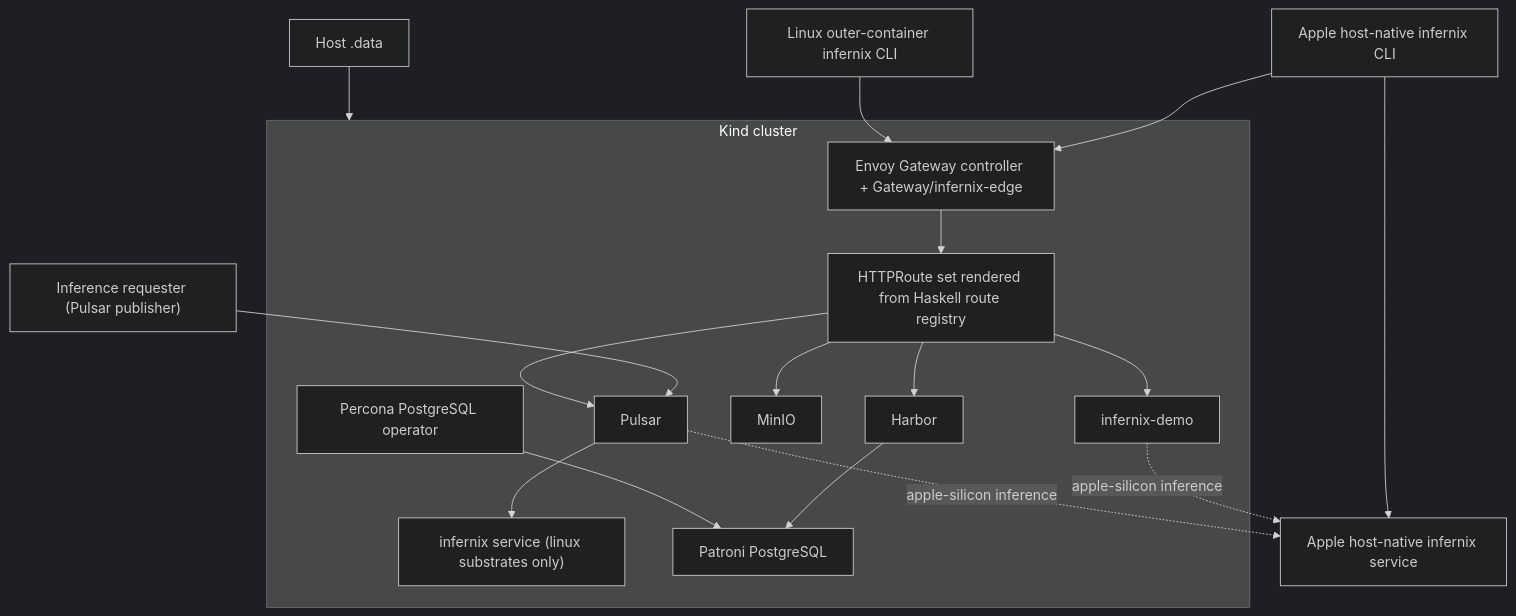
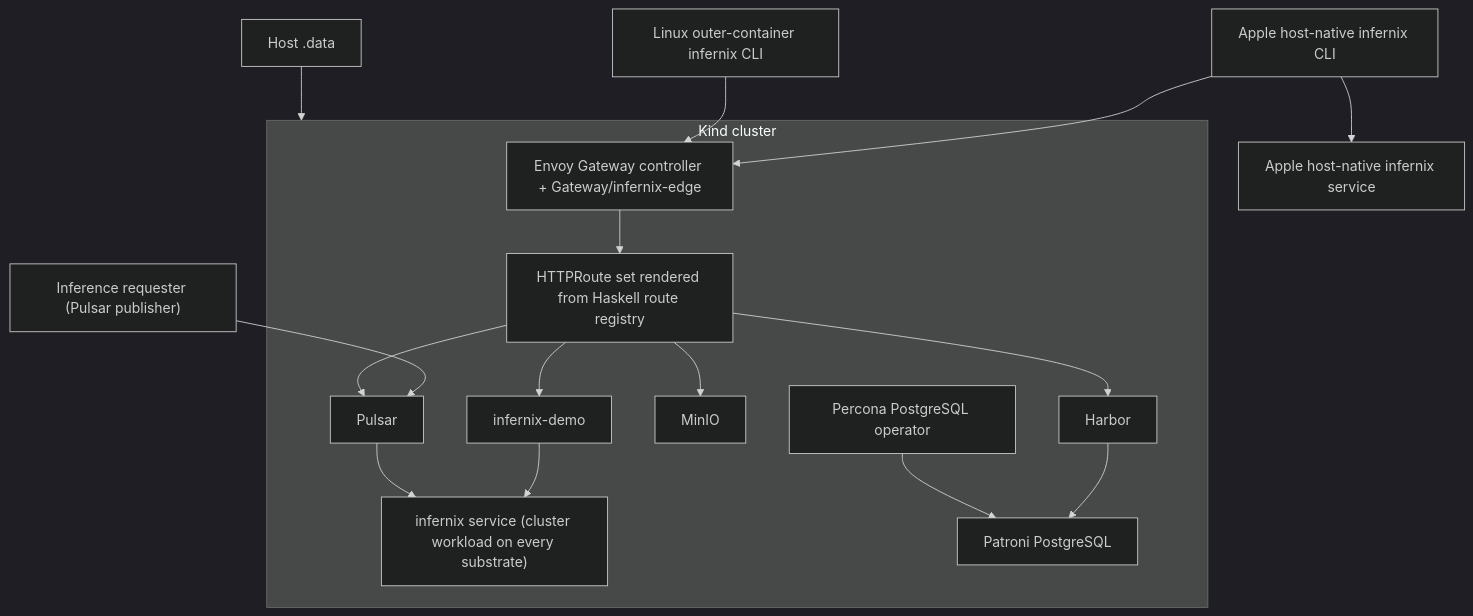
The diagram in DEVELOPMENT_PLAN/00-overview.md (Tuee22/infernix), drawn with Mermaid (dark theme) before and after one commit. The commit also changed other lines of this file and 2 other files, not shown here.

````diff
--- a/DEVELOPMENT_PLAN/00-overview.md
+++ b/DEVELOPMENT_PLAN/00-overview.md
@@ -101,36 +104,35 @@
 ```mermaid
 flowchart TB
     appleCli["Apple host-native infernix CLI"]
     appleDaemon["Apple host-native infernix service"]
     linuxCli["Linux outer-container infernix CLI"]
     data["Host .data"]
     requester["Inference requester (Pulsar publisher)"]
 
     subgraph kind["Kind cluster"]
         gateway["Envoy Gateway controller + Gateway/infernix-edge"]
         routes["HTTPRoute set rendered from Haskell route registry"]
         demo["infernix-demo"]
-        linuxService["infernix service (linux substrates only)"]
+        clusterService["infernix service (cluster workload on every substrate)"]
         harbor["Harbor"]
         minio["MinIO"]
         pgop["Percona PostgreSQL operator"]
         postgres["Patroni PostgreSQL"]
         pulsar["Pulsar"]
     end
 
     appleCli --> gateway
     appleCli --> appleDaemon
     linuxCli --> gateway
     requester --> pulsar
     gateway --> routes
     routes --> demo
     routes --> harbor
     routes --> minio
     routes --> pulsar
-    demo -. apple-silicon inference .-> appleDaemon
-    pulsar --> linuxService
-    pulsar -. apple-silicon inference .-> appleDaemon
+    demo --> clusterService
+    pulsar --> clusterService
     harbor --> postgres
     pgop --> postgres
     data --> kind
 ```
````
